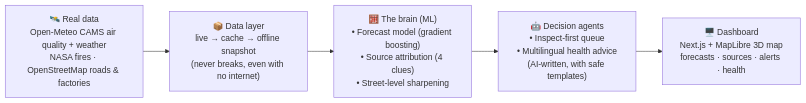
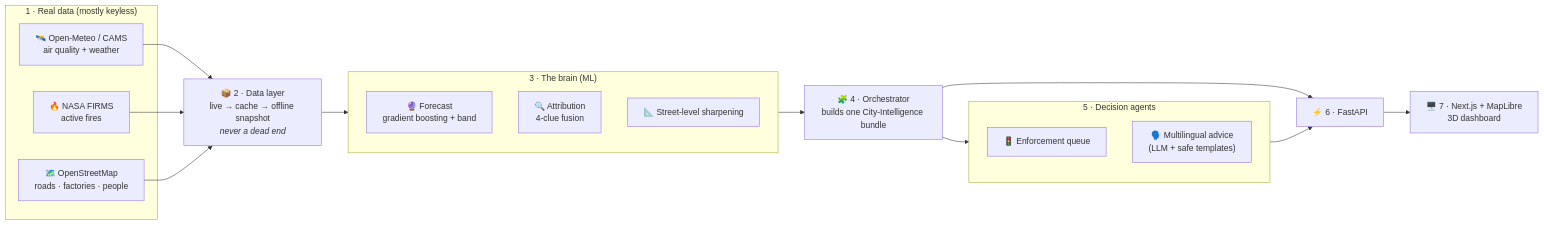
One commit to roybishal362/VayuNetra-Urban-Air-Quality-Intelligence changed the first of 2 diagrams in README.md. Above: the diagram before and after it, drawn with Mermaid. The commit also changed other lines of this file, not shown here.

First line of the commit message:
docs(readme): advanced edition — request-flow diagram, system design, API, roadmap

````diff
--- a/README.md
+++ b/README.md
@@ -92,10 +111,28 @@
 ```mermaid
 flowchart LR
-    A["🛰️ Real data<br/>Open-Meteo CAMS air quality + weather<br/>NASA fires · OpenStreetMap roads & factories"]
-    B["📦 Data layer<br/>live → cache → offline snapshot<br/>(never breaks, even with no internet)"]
-    C["🧮 The brain (ML)<br/>• Forecast model (gradient boosting)<br/>• Source attribution (4 clues)<br/>• Street-level sharpening"]
-    D["🤖 Decision agents<br/>• Inspect-first queue<br/>• Multilingual health advice<br/>(AI-written, with safe templates)"]
-    E["🖥️ Dashboard<br/>Next.js + MapLibre 3D map<br/>forecasts · sources · alerts · health"]
+    subgraph SRC["1 · Real data (mostly keyless)"]
+        OM["🛰️ Open-Meteo / CAMS<br/>air quality + weather"]
+        FR["🔥 NASA FIRMS<br/>active fires"]
+        OSM["🗺️ OpenStreetMap<br/>roads · factories · people"]
+    end
 
-    A --> B --> C --> D --> E
+    OM & FR & OSM --> REPO["📦 2 · Data layer<br/>live → cache → offline snapshot<br/><i>never a dead end</i>"]
+
+    REPO --> ML
+    subgraph ML["3 · The brain (ML)"]
+        FC["🔮 Forecast<br/>gradient boosting + band"]
+        AT["🔍 Attribution<br/>4-clue fusion"]
+        DS["📐 Street-level sharpening"]
+    end
+
+    ML --> ORCH["🧩 4 · Orchestrator<br/>builds one City-Intelligence bundle"]
+    ORCH --> AG
+    subgraph AG["5 · Decision agents"]
+        ENF["🚦 Enforcement queue"]
+        ADV["🗣️ Multilingual advice<br/>(LLM + safe templates)"]
+    end
+
+    ORCH --> API["⚡ 6 · FastAPI"]
+    AG --> API
+    API --> UI["🖥️ 7 · Next.js + MapLibre<br/>3D dashboard"]
 ```
````
